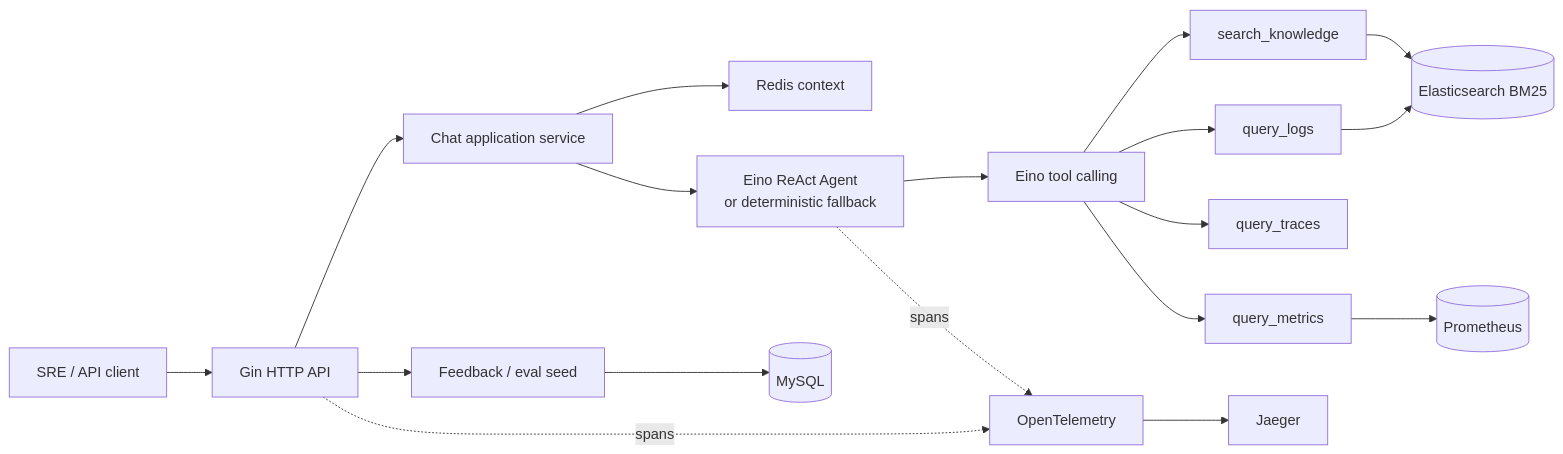
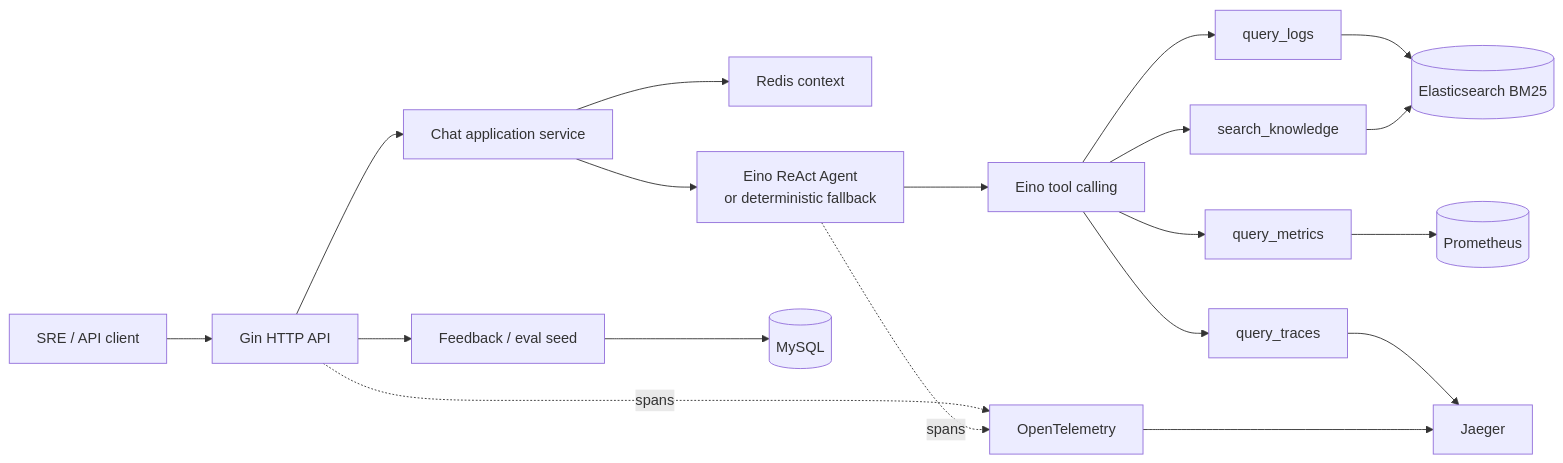
The diagram in README.md (jiawei-wang-dev/WatchOps-Lite), drawn with Mermaid before and after one commit. The commit also changed other lines of this file and 26 other files, not shown here.

````diff
--- a/README.md
+++ b/README.md
@@ -9,20 +9,21 @@
 ```mermaid
 flowchart LR
     C["SRE / API client"] --> G["Gin HTTP API"]
     G --> A["Chat application service"]
     A --> M["Redis context"]
     A --> E["Eino ReAct Agent<br/>or deterministic fallback"]
     E --> T["Eino tool calling"]
     T --> L["query_logs"]
     T --> P["query_metrics"]
     T --> R["query_traces"]
     T --> K["search_knowledge"]
     L --> ES
     P --> PROM[("Prometheus")]
+    R --> J
     K --> ES[("Elasticsearch BM25")]
     G --> F["Feedback / eval seed"]
     F --> DB[("MySQL")]
     G -. spans .-> O["OpenTelemetry"]
     E -. spans .-> O
     O --> J["Jaeger"]
 ```
````
